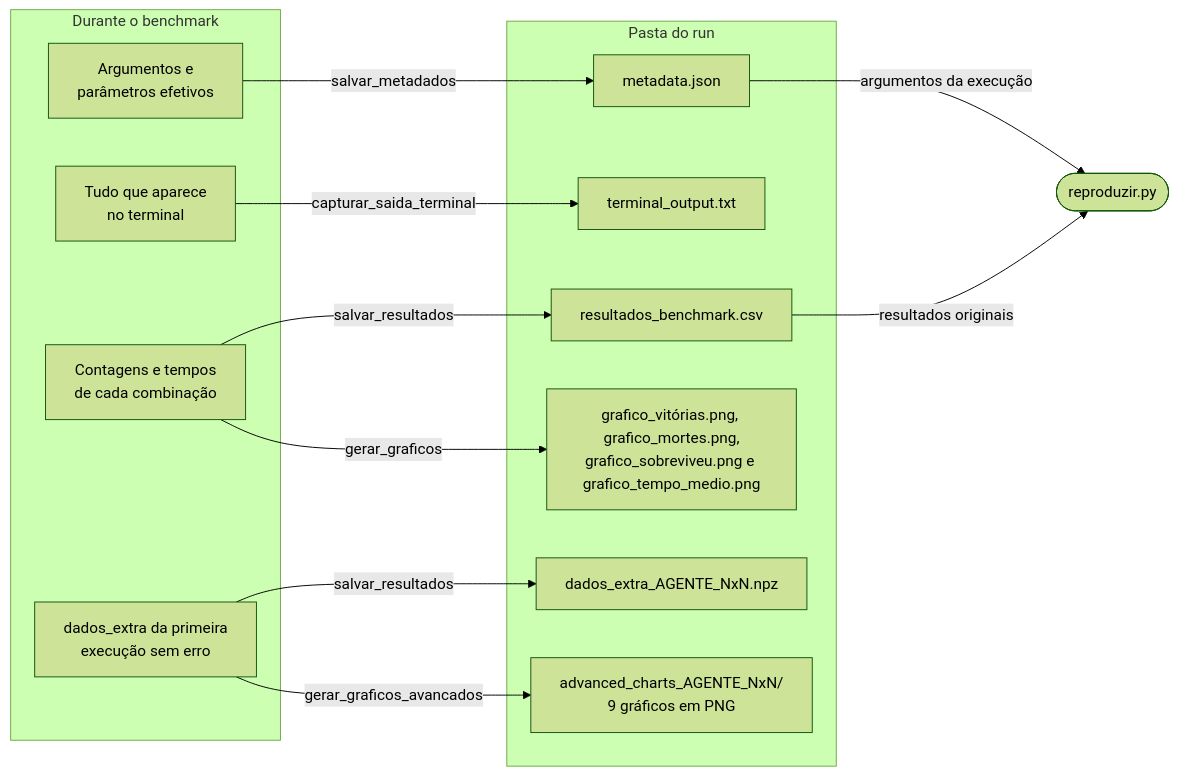
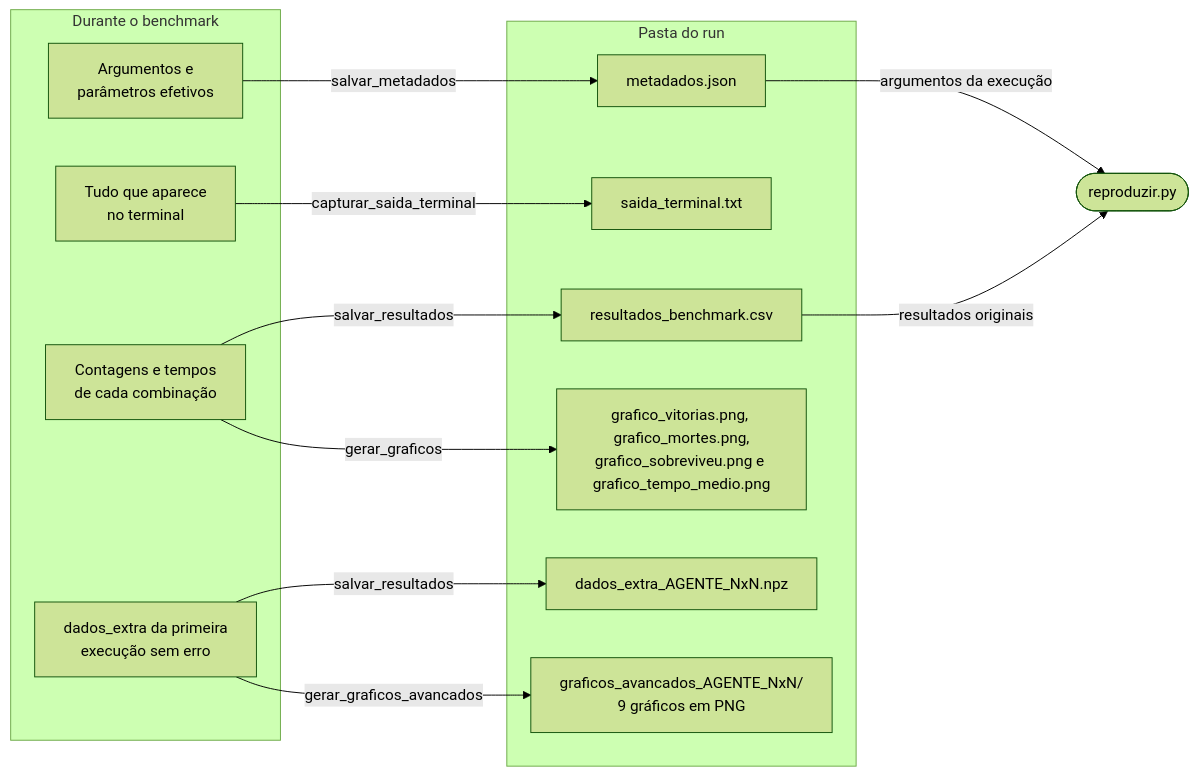
The diagram in docs/arquitetura/fluxo-de-dados.md (ingrid-kiki/wumpus_world_modular), drawn with Mermaid (forest theme) before and after one commit. The commit also changed other lines of this file and 11 other files, not shown here.

````diff
--- a/docs/arquitetura/fluxo-de-dados.md
+++ b/docs/arquitetura/fluxo-de-dados.md
@@ -6,28 +6,28 @@
 ```mermaid
 flowchart LR
     subgraph entrada["Durante o benchmark"]
         argumentos["Argumentos e<br/>parâmetros efetivos"]
         terminal["Tudo que aparece<br/>no terminal"]
         resumo["Contagens e tempos<br/>de cada combinação"]
         extras["dados_extra da primeira<br/>execução sem erro"]
     end
 
     subgraph pasta["Pasta do run"]
-        metadata["metadata.json"]
-        saida["terminal_output.txt"]
+        metadata["metadados.json"]
+        saida["saida_terminal.txt"]
         csv["resultados_benchmark.csv"]
-        basicos["grafico_vitórias.png, grafico_mortes.png,<br/>grafico_sobreviveu.png e grafico_tempo_medio.png"]
+        basicos["grafico_vitorias.png, grafico_mortes.png,<br/>grafico_sobreviveu.png e grafico_tempo_medio.png"]
         npz["dados_extra_AGENTE_NxN.npz"]
-        avancados["advanced_charts_AGENTE_NxN/<br/>9 gráficos em PNG"]
+        avancados["graficos_avancados_AGENTE_NxN/<br/>9 gráficos em PNG"]
     end
 
     argumentos -- "salvar_metadados" --> metadata
     terminal -- "capturar_saida_terminal" --> saida
     resumo -- "salvar_resultados" --> csv
     resumo -- "gerar_graficos" --> basicos
     extras -- "salvar_resultados" --> npz
     extras -- "gerar_graficos_avancados" --> avancados
 
     metadata -- "argumentos da execução" --> reproduzir(["reproduzir.py"])
     csv -- "resultados originais" --> reproduzir
 ```
````
